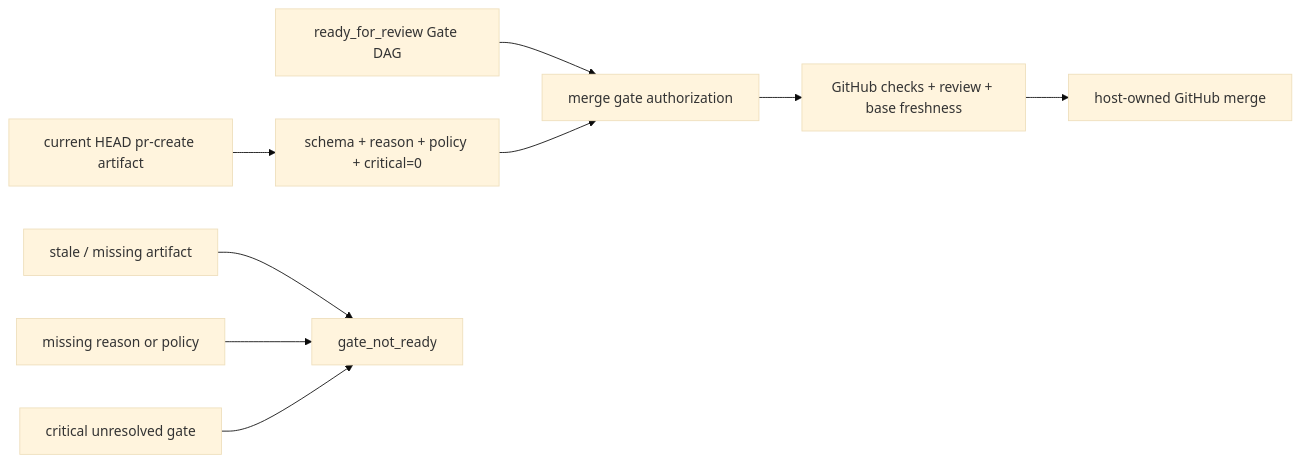
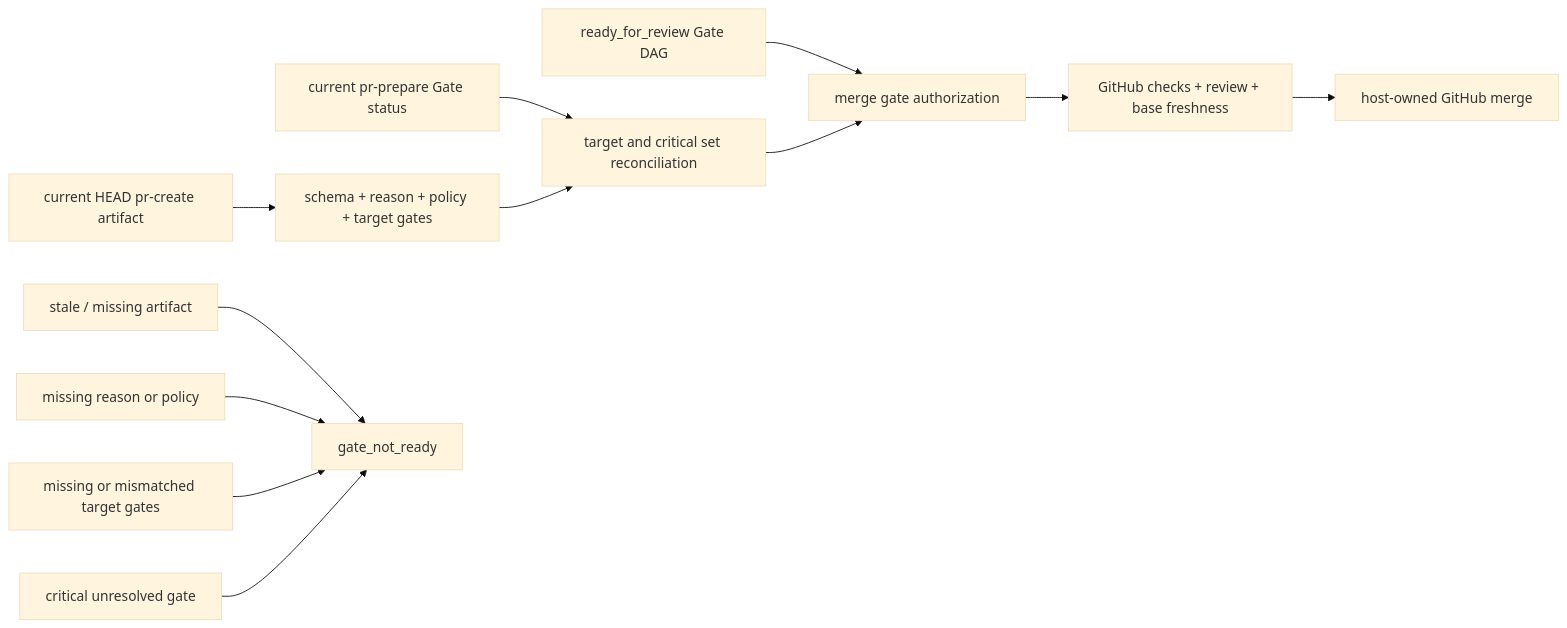
The diagram in docs/architecture/story-vibepro-merge-waiver-propagation.md (Unson-LLC/vibepro), drawn with Mermaid (base theme) before and after one commit. The commit also changed other lines of this file and 7 other files, not shown here.

Commit message:
fix(review): reconcile waiver targets with current gates

````diff
--- a/docs/architecture/story-vibepro-merge-waiver-propagation.md
+++ b/docs/architecture/story-vibepro-merge-waiver-propagation.md
@@ -18,11 +19,14 @@
 ```mermaid
 flowchart LR
-  Current["current HEAD pr-create artifact"] --> Validate["schema + reason + policy + critical=0"]
+  Current["current HEAD pr-create artifact"] --> Validate["schema + reason + policy + target gates"]
+  Status["current pr-prepare Gate status"] --> Reconcile["target and critical set reconciliation"]
+  Validate --> Reconcile
   Ready["ready_for_review Gate DAG"] --> Authorize["merge gate authorization"]
-  Validate --> Authorize
+  Reconcile --> Authorize
   Stale["stale / missing artifact"] --> Reject["gate_not_ready"]
   Malformed["missing reason or policy"] --> Reject
+  Mismatch["missing or mismatched target gates"] --> Reject
   Critical["critical unresolved gate"] --> Reject
   Authorize --> Preconditions["GitHub checks + review + base freshness"]
   Preconditions --> Merge["host-owned GitHub merge"]
 ```
````
